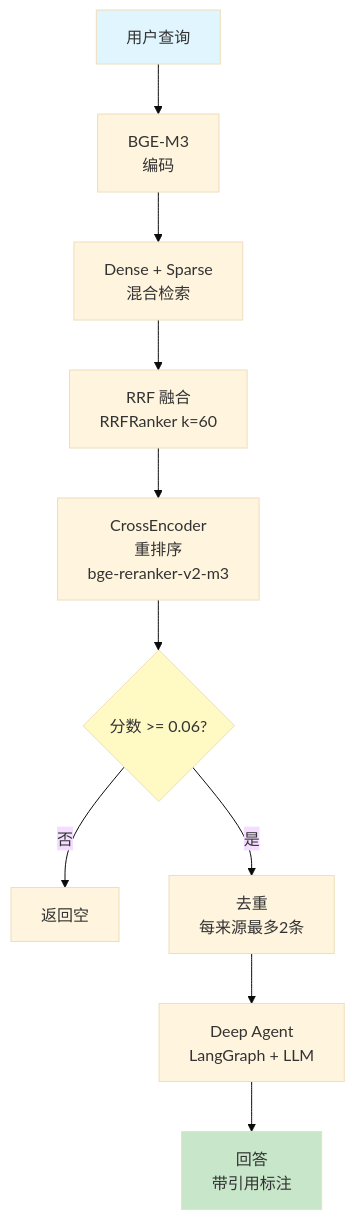
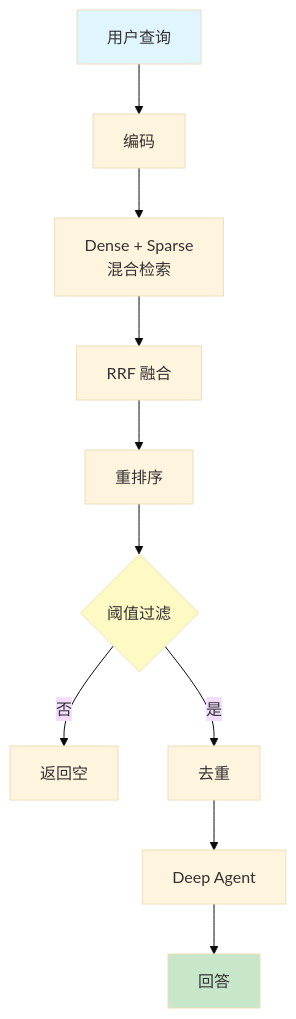
The second of 2 diagrams in README_zh.md (lg114/RagMate), drawn with Mermaid (base theme) before and after one commit. The commit also changed other lines of this file and 1 other file, not shown here.

First line of the commit message:
Simplify README diagrams and descriptions

````diff
--- a/README_zh.md
+++ b/README_zh.md
@@ -48,16 +48,16 @@
 ```mermaid
 graph TD
-    Q[用户查询] --> E[BGE-M3\n编码]
+    Q[用户查询] --> E[编码]
     E --> S[Dense + Sparse\n混合检索]
-    S --> RRF[RRF 融合\nRRFRanker k=60]
-    RRF --> RC[CrossEncoder\n重排序\nbge-reranker-v2-m3]
-    RC --> TH{分数 >= 0.06?}
+    S --> RRF[RRF 融合]
+    RRF --> RC[重排序]
+    RC --> TH{阈值过滤}
     TH -- 否 --> EMPTY[返回空]
-    TH -- 是 --> DD[去重\n每来源最多2条]
-    DD --> LLM[Deep Agent\nLangGraph + LLM]
-    LLM --> ANS[回答\n带引用标注]
+    TH -- 是 --> DD[去重]
+    DD --> LLM[Deep Agent]
+    LLM --> ANS[回答]
 
     style Q fill:#e1f5fe
     style ANS fill:#c8e6c9
     style TH fill:#fff9c4
 ```
````
